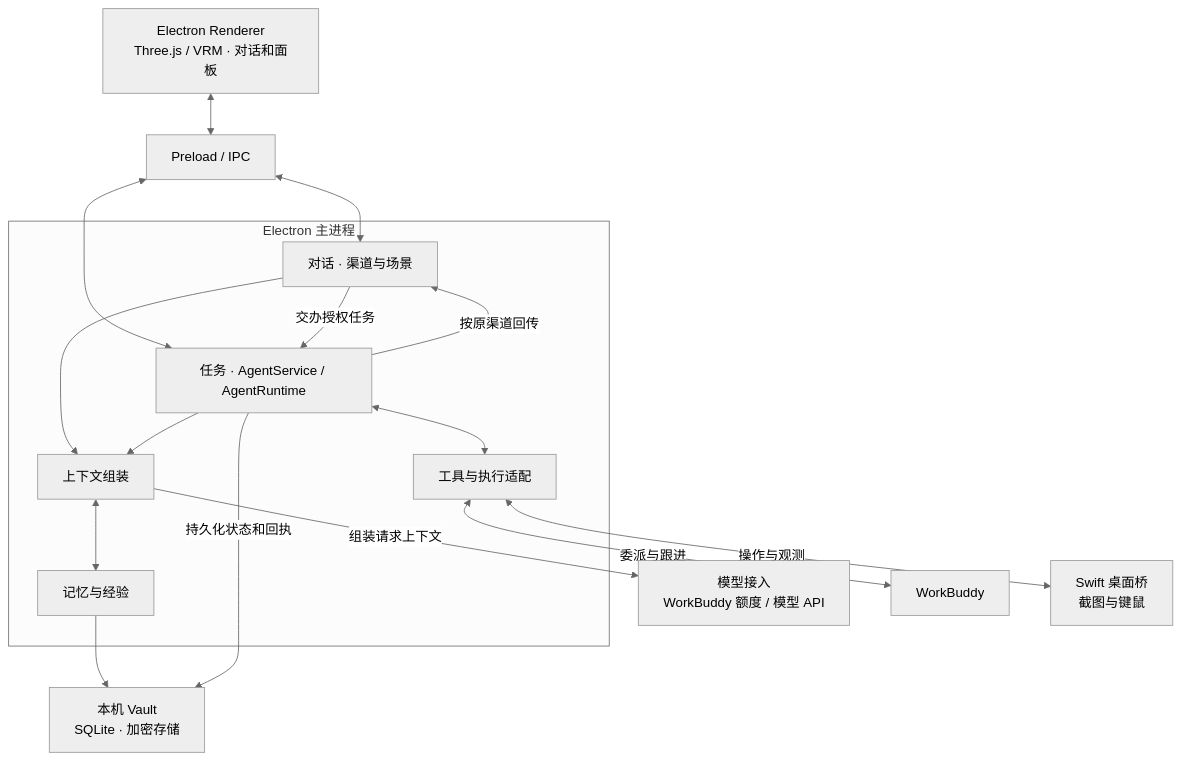
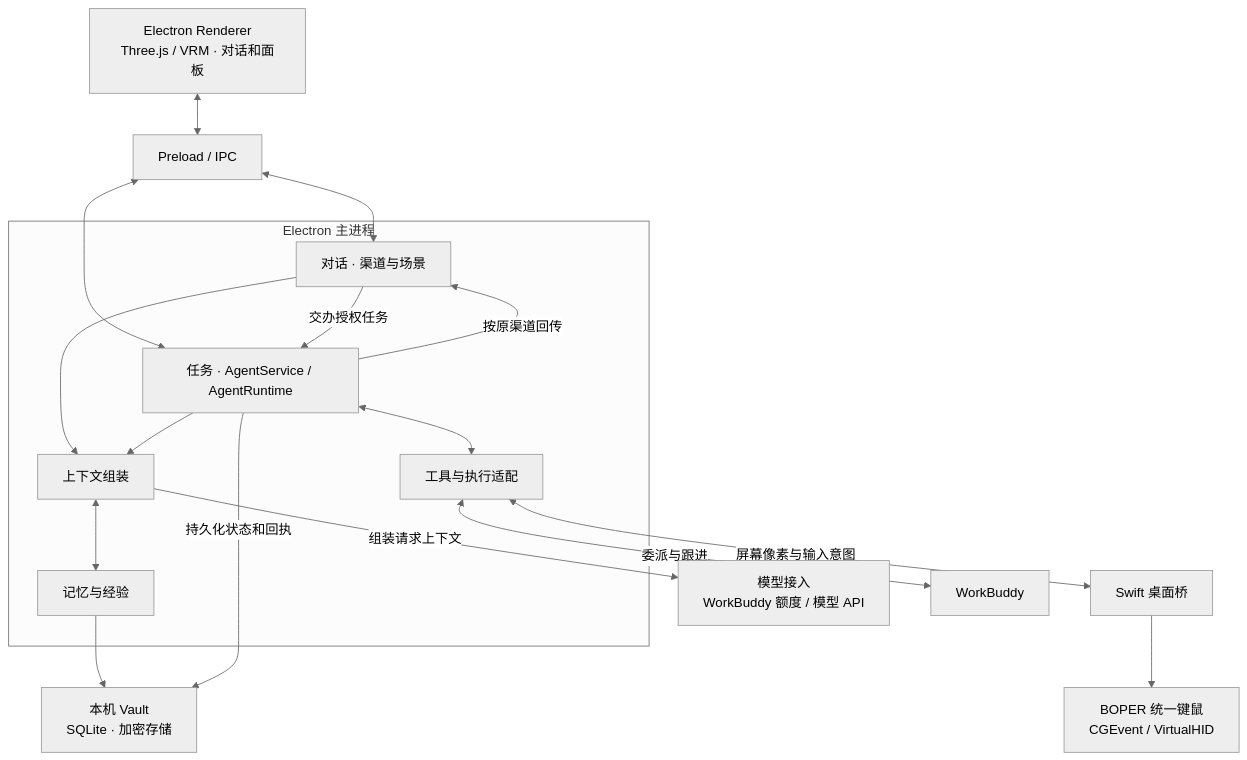
Before and after one commit to zhyuzh3d/workbunny: the diagram in README.md, drawn with Mermaid (neutral theme). The commit also changed other lines of this file and 1093 other files, not shown here.

````diff
--- a/README.md
+++ b/README.md
@@ -47,28 +48,29 @@
 ```mermaid
 flowchart TB
     UI["Electron Renderer<br/>Three.js / VRM · 对话和面板"]
     IPC["Preload / IPC"]
 
     subgraph Main["Electron 主进程"]
         Chat["对话 · 渠道与场景"]
         Task["任务 · AgentService / AgentRuntime"]
         Context["上下文组装"]
         Memory["记忆与经验"]
         Tools["工具与执行适配"]
     end
 
     UI <--> IPC
     IPC <--> Chat
     IPC <--> Task
     Chat -->|"交办授权任务"| Task
     Task -->|"按原渠道回传"| Chat
     Chat --> Context
     Task --> Context
     Context <--> Memory
     Context -->|"组装请求上下文"| Models["模型接入<br/>WorkBuddy 额度 / 模型 API"]
     Memory --> Vault["本机 Vault<br/>SQLite · 加密存储"]
     Task -->|"持久化状态和回执"| Vault
     Task <--> Tools
     Tools <-->|"委派与跟进"| WorkBuddy["WorkBuddy"]
-    Tools <-->|"操作与观测"| Desktop["Swift 桌面桥<br/>截图与键鼠"]
+    Tools <-->|"屏幕像素与输入意图"| Desktop["Swift 桌面桥"]
+    Desktop --> BOPER["BOPER 统一键鼠<br/>CGEvent / VirtualHID"]
 ```
````
